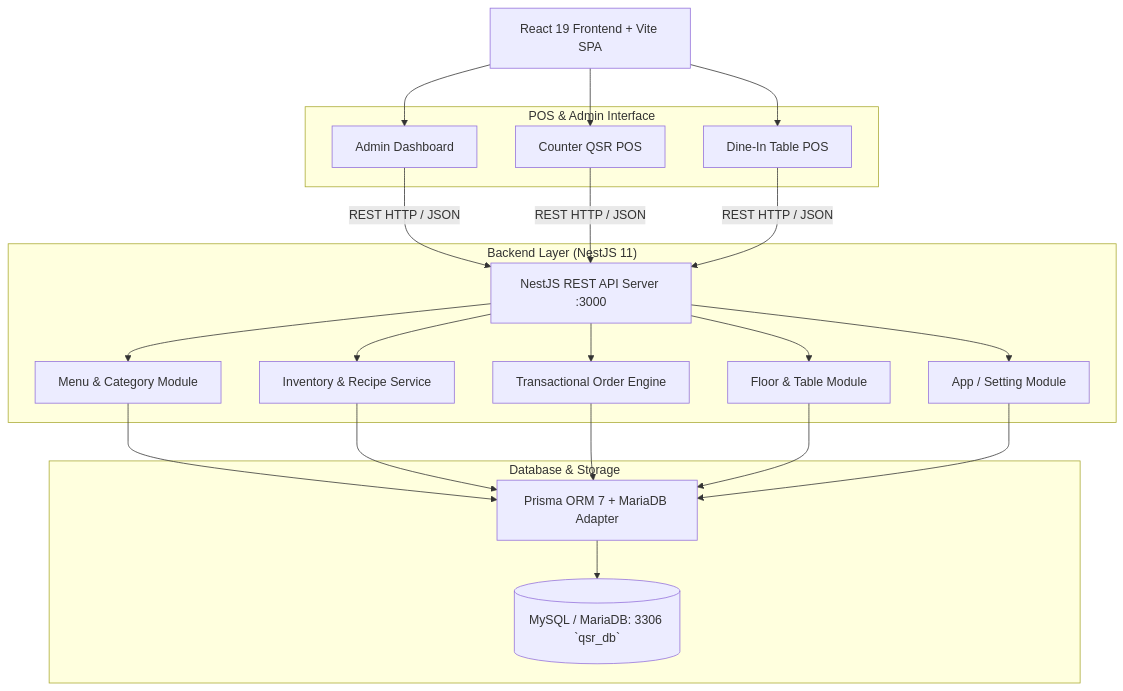
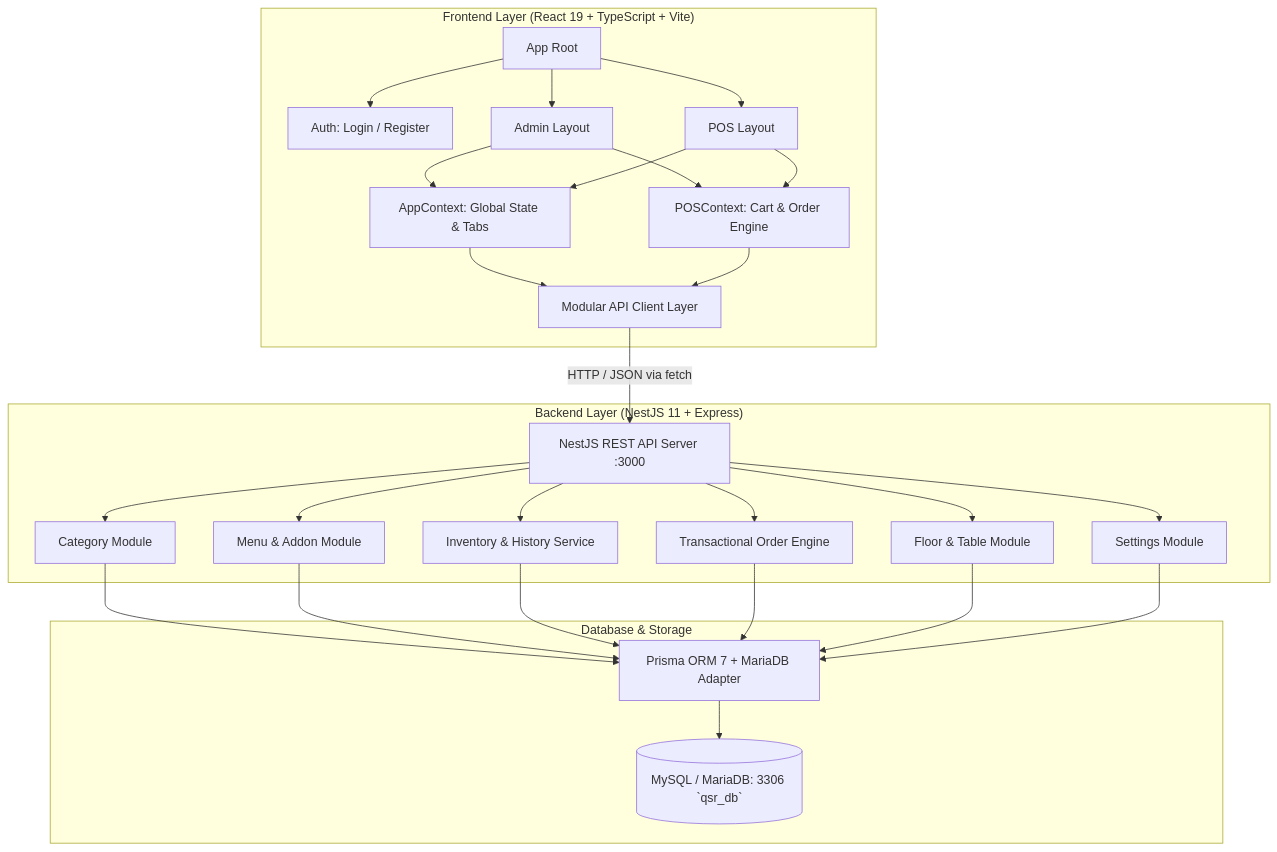
Before and after one commit to aycreationconnect-source/qsrsystem: the first of 2 diagrams in README.md, drawn with Mermaid. The commit also changed other lines of this file and 57 other files, not shown here.

First line of the commit message:
feat(frontend): modularize frontend architecture into component-driven views, contexts, and API layer

````diff
--- a/README.md
+++ b/README.md
@@ -77,34 +79,38 @@
 ```mermaid
 graph TD
-    Client[React 19 Frontend + Vite SPA]
-    
-    subgraph "POS & Admin Interface"
-        Admin[Admin Dashboard]
-        CPOS[Counter QSR POS]
-        TPOS[Dine-In Table POS]
+    subgraph "Frontend Layer (React 19 + TypeScript + Vite)"
+        App[App Root]
+        AuthView[Auth: Login / Register]
+        AdminLayout[Admin Layout]
+        POSLayout[POS Layout]
+        
+        AppCtx[AppContext: Global State & Tabs]
+        POSCtx[POSContext: Cart & Order Engine]
+        
+        APILayer[Modular API Client Layer]
     end
 
-    subgraph "Backend Layer (NestJS 11)"
+    subgraph "Backend Layer (NestJS 11 + Express)"
         API[NestJS REST API Server :3000]
-        Auth[App / Setting Module]
-        MenuMod[Menu & Category Module]
-        InvMod[Inventory & Recipe Service]
+        CatMod[Category Module]
+        MenuMod[Menu & Addon Module]
+        InvMod[Inventory & History Service]
         OrdMod[Transactional Order Engine]
         TableMod[Floor & Table Module]
+        SetMod[Settings Module]
     end
 
     subgraph "Database & Storage"
         Prisma[Prisma ORM 7 + MariaDB Adapter]
         DB[(MySQL / MariaDB: 3306 `qsr_db`)]
     end
 
-    Client --> Admin
-    Client --> CPOS
-    Client --> TPOS
-
-    Admin & CPOS & TPOS -->|REST HTTP / JSON| API
+    App --> AuthView & AdminLayout & POSLayout
+    AdminLayout & POSLayout --> AppCtx & POSCtx
+    AppCtx & POSCtx --> APILayer
+    APILayer -->|HTTP / JSON via fetch| API
     
-    API --> MenuMod & InvMod & OrdMod & TableMod & Auth
-    MenuMod & InvMod & OrdMod & TableMod & Auth --> Prisma
+    API --> CatMod & MenuMod & InvMod & OrdMod & TableMod & SetMod
+    CatMod & MenuMod & InvMod & OrdMod & TableMod & SetMod --> Prisma
     Prisma --> DB
 ```
````
